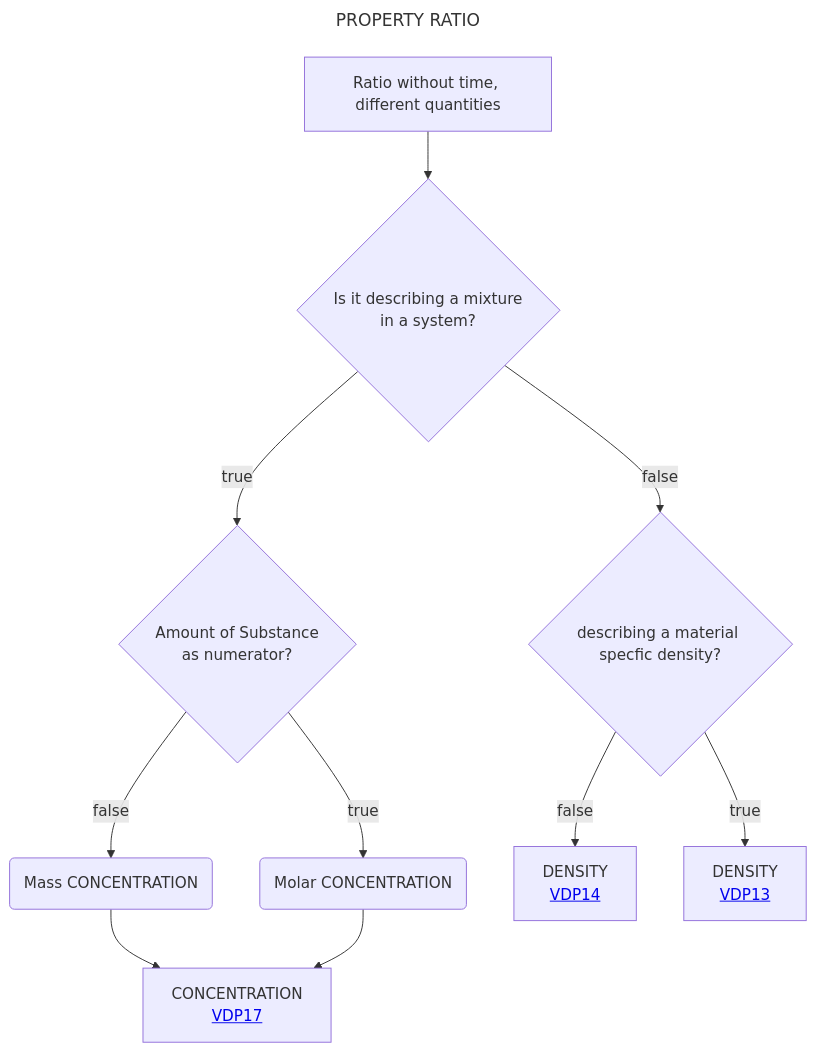
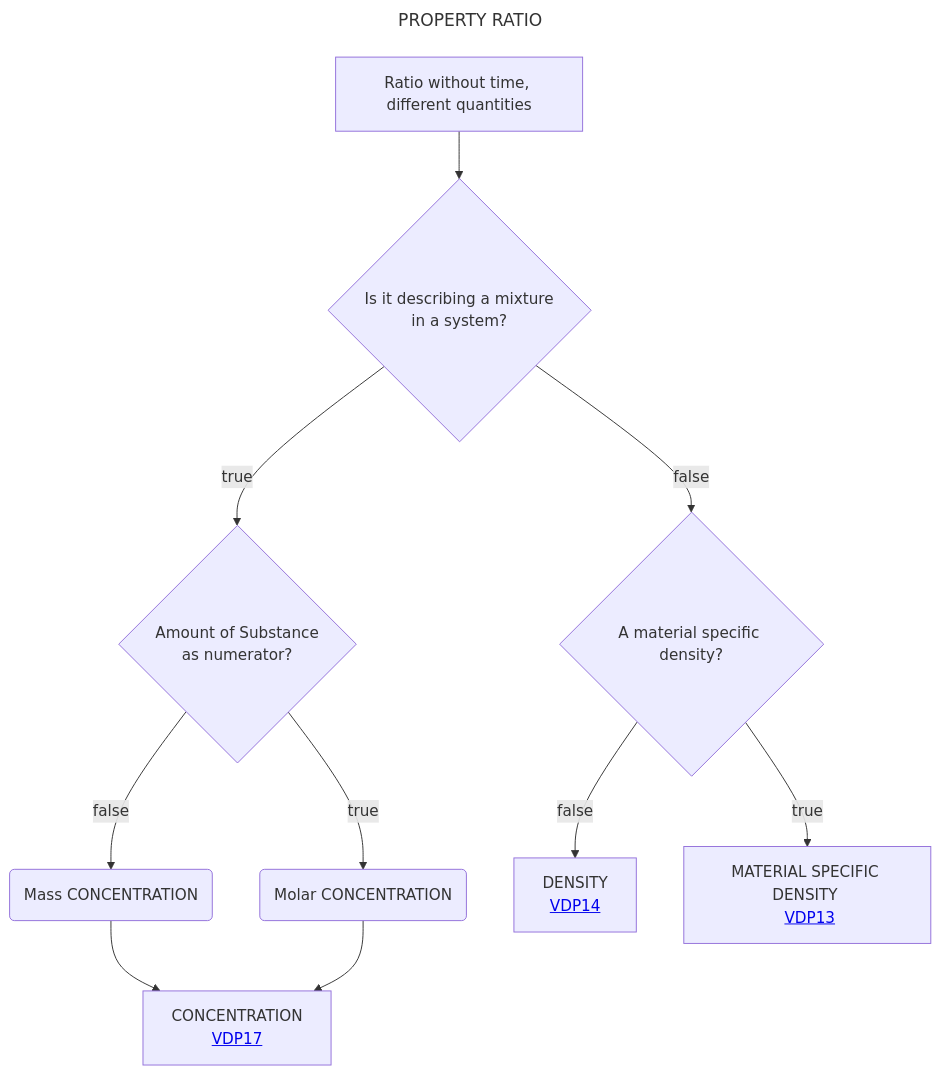
Before and after one commit to mabablue/I-ADOPT-patterns-playground: the diagram in Decisition_trees/DT4.mmd, drawn with Mermaid.

```diff
--- a/Decisition_trees/DT4.mmd
+++ b/Decisition_trees/DT4.mmd
@@ -1,13 +1,13 @@
 ---
 title: PROPERTY RATIO
 ---
 flowchart TD
     A[Ratio without time, different quantities] --> P{Is it describing a mixture <br> in a system?}
     P --> |true|Q{Amount of Substance <br> as numerator?}
     Q --> |true|R(Molar CONCENTRATION)
     Q --> |false|S(Mass CONCENTRATION)
-    P --> |false|U{describing a material specfic density?}
+    P --> |false|U{A material specific density?}
     S --> T[CONCENTRATION <br> <a href='https://github.com/mabablue/I-ADOPT-patterns-playground/blob/main/pattern/VDP17.yaml'>VDP17</a>]
     R --> T
     U --> |false|V[DENSITY <br> <a href='https://github.com/mabablue/I-ADOPT-patterns-playground/blob/main/pattern/VDP14.yaml'>VDP14</a>]
-    U --> |true|X[DENSITY <br> <a href='https://github.com/mabablue/I-ADOPT-patterns-playground/blob/main/pattern/VDP13.yaml'>VDP13</a>]
+    U --> |true|X[MATERIAL SPECIFIC DENSITY <br> <a href='https://github.com/mabablue/I-ADOPT-patterns-playground/blob/main/pattern/VDP13.yaml'>VDP13</a>]
```
